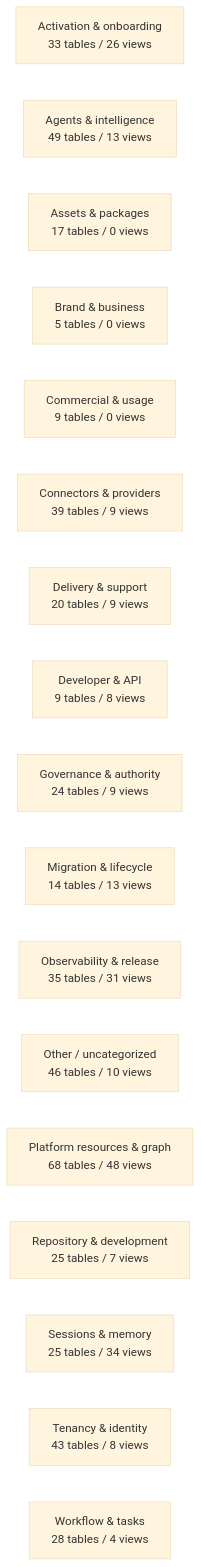
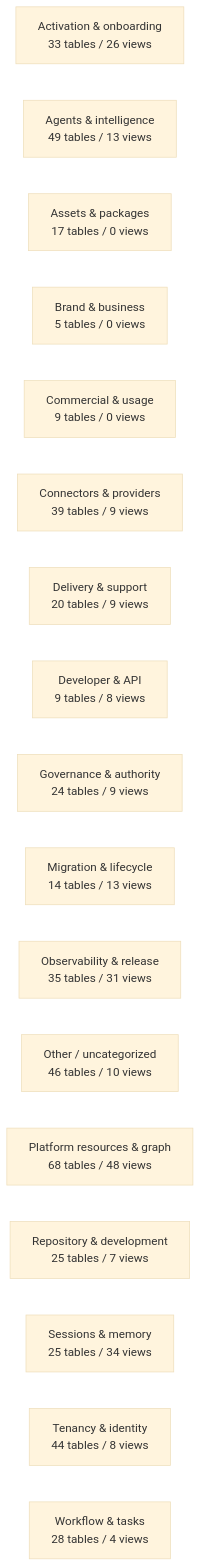
The diagram in docs/work-maps/data-model-domain-map.md (mad4bdigital-ai/multi-business-multi-role-growth-intelligence-os), drawn with Mermaid (base theme) before and after one commit. The commit also changed other lines of this file and 5 other files, not shown here.

````diff
--- a/docs/work-maps/data-model-domain-map.md
+++ b/docs/work-maps/data-model-domain-map.md
@@ -9,20 +9,20 @@
 ```mermaid
 flowchart LR
   n_Activation___onboarding["Activation & onboarding<br/>33 tables / 26 views"]
   n_Agents___intelligence["Agents & intelligence<br/>49 tables / 13 views"]
   n_Assets___packages["Assets & packages<br/>17 tables / 0 views"]
   n_Brand___business["Brand & business<br/>5 tables / 0 views"]
   n_Commercial___usage["Commercial & usage<br/>9 tables / 0 views"]
   n_Connectors___providers["Connectors & providers<br/>39 tables / 9 views"]
   n_Delivery___support["Delivery & support<br/>20 tables / 9 views"]
   n_Developer___API["Developer & API<br/>9 tables / 8 views"]
   n_Governance___authority["Governance & authority<br/>24 tables / 9 views"]
   n_Migration___lifecycle["Migration & lifecycle<br/>14 tables / 13 views"]
   n_Observability___release["Observability & release<br/>35 tables / 31 views"]
   n_Other___uncategorized["Other / uncategorized<br/>46 tables / 10 views"]
   n_Platform_resources___graph["Platform resources & graph<br/>68 tables / 48 views"]
   n_Repository___development["Repository & development<br/>25 tables / 7 views"]
   n_Sessions___memory["Sessions & memory<br/>25 tables / 34 views"]
-  n_Tenancy___identity["Tenancy & identity<br/>43 tables / 8 views"]
+  n_Tenancy___identity["Tenancy & identity<br/>44 tables / 8 views"]
   n_Workflow___tasks["Workflow & tasks<br/>28 tables / 4 views"]
 ```
````
